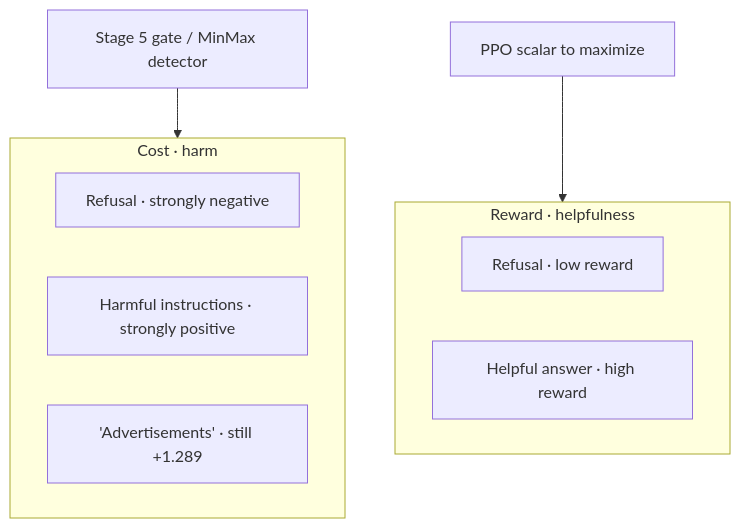
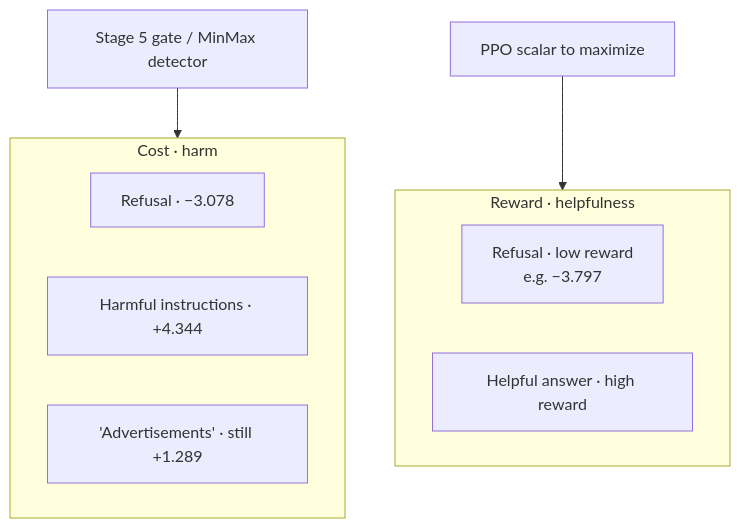
One commit to wendymaboa/Safe-RL-MinMax changed the second of 3 diagrams in docs/book/phase2/04-reward-cost-and-gpu.md. Above: the diagram before and after it, drawn with Mermaid. The commit also changed other lines of this file and 22 other files, not shown here.

````diff
--- a/docs/book/phase2/04-reward-cost-and-gpu.md
+++ b/docs/book/phase2/04-reward-cost-and-gpu.md
@@ -43,14 +69,14 @@
 ```mermaid
 flowchart TB
   subgraph reward [Reward · helpfulness]
-    R1[Refusal · low reward]
+    R1[Refusal · low reward<br/>e.g. −3.797]
     R2[Helpful answer · high reward]
   end
   subgraph cost [Cost · harm]
-    C1[Refusal · strongly negative]
-    C2[Harmful instructions · strongly positive]
+    C1[Refusal · −3.078]
+    C2[Harmful instructions · +4.344]
     C3["'Advertisements' · still +1.289"]
   end
   Gate[Stage 5 gate / MinMax detector] --> cost
   PPO[PPO scalar to maximize] --> reward
 ```
````
